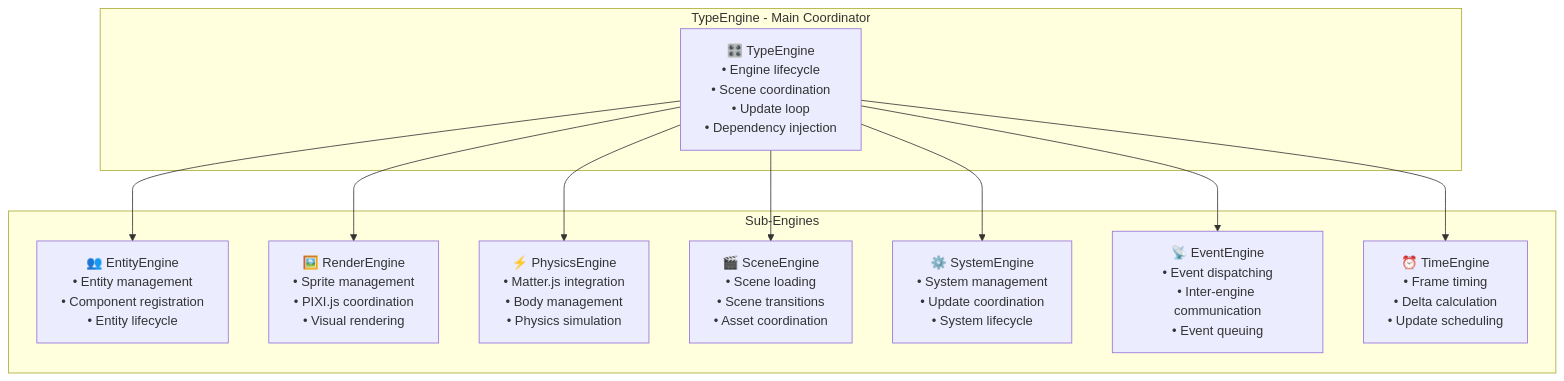
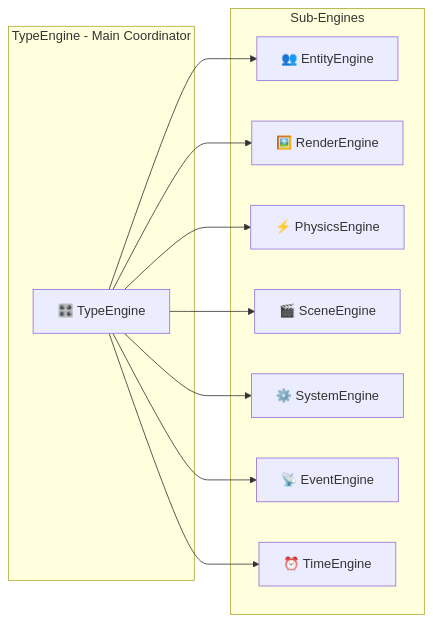
Before and after one commit to HenriqueArtur/TYPE: the first of 4 diagrams in docs/architecture.md, drawn with Mermaid. The commit also changed other lines of this file and 9 other files, not shown here.

First line of the commit message:
📝 docs: refactor Architecture section with improved diagrams and sub-engine pages

````diff
--- a/docs/architecture.md
+++ b/docs/architecture.md
@@ -9,24 +9,24 @@
 ```mermaid
-graph TB
+graph LR
     subgraph "TypeEngine - Main Coordinator"
-        TE["🎛️ TypeEngine<br/>• Engine lifecycle<br/>• Scene coordination<br/>• Update loop<br/>• Dependency injection"]
+        TE["🎛️ TypeEngine"]
     end
     
     subgraph "Sub-Engines"
-        EE["👥 EntityEngine<br/>• Entity management<br/>• Component registration<br/>• Entity lifecycle"]
-        RE["🖼️ RenderEngine<br/>• Sprite management<br/>• PIXI.js coordination<br/>• Visual rendering"]
-        PE["⚡ PhysicsEngine<br/>• Matter.js integration<br/>• Body management<br/>• Physics simulation"]
-        ScE["🎬 SceneEngine<br/>• Scene loading<br/>• Scene transitions<br/>• Asset coordination"]
-        SysE["⚙️ SystemEngine<br/>• System management<br/>• Update coordination<br/>• System lifecycle"]
-        EvE["📡 EventEngine<br/>• Event dispatching<br/>• Inter-engine communication<br/>• Event queuing"]
-        TiE["⏰ TimeEngine<br/>• Frame timing<br/>• Delta calculation<br/>• Update scheduling"]
+        EE["👥 EntityEngine"]
+        RE["🖼️ RenderEngine"]
+        PE["⚡ PhysicsEngine"]
+        ScE["🎬 SceneEngine"]
+        SysE["⚙️ SystemEngine"]
+        EvE["📡 EventEngine"]
+        TiE["⏰ TimeEngine"]
     end
     
     TE --> EE
     TE --> RE
     TE --> PE
     TE --> ScE
     TE --> SysE
     TE --> EvE
     TE --> TiE
 ```
````
